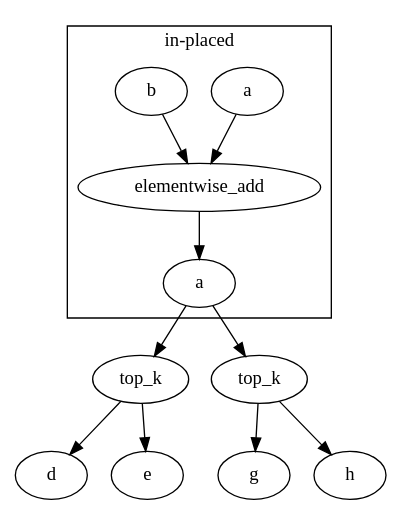
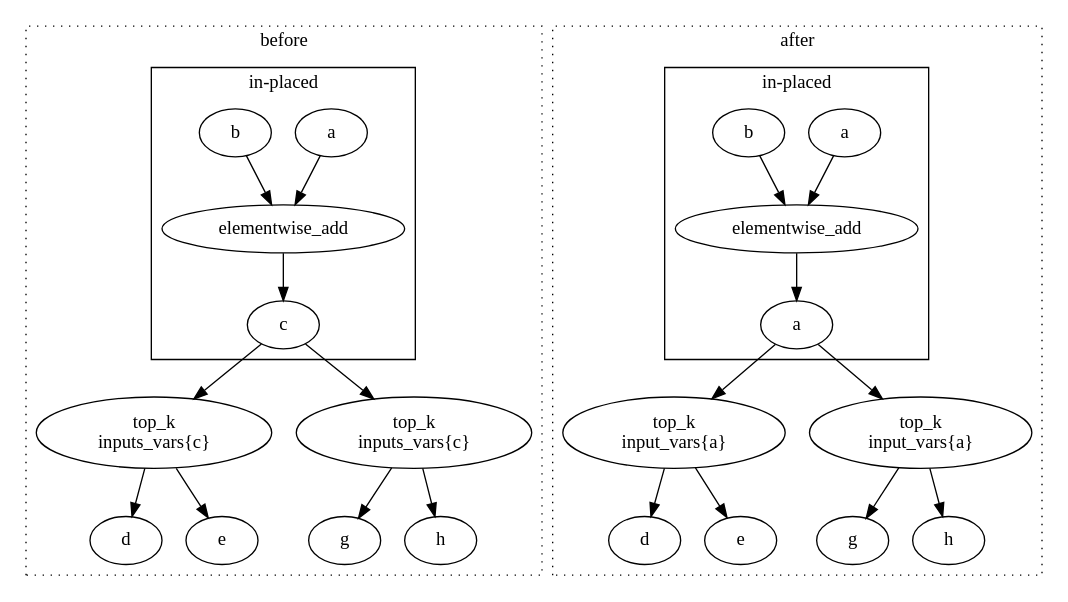
Before and after one commit to PaddlePaddle/docs: the diagram in doc/fluid/design/mkldnn/inplace/scripts/multi-output-inplace.dot, drawn with Graphviz. The commit also changed 2 other files, not shown here.

Commit message:
- fixes after review

```diff
--- a/doc/fluid/design/mkldnn/inplace/scripts/multi-output-inplace.dot
+++ b/doc/fluid/design/mkldnn/inplace/scripts/multi-output-inplace.dot
@@ -1,25 +1,63 @@
 digraph G {
-
+subgraph cluster_before {
+  label="before"
+  style=dotted
   op1[label="elementwise_add"]
-  op2[label="top_k"]
-  op3[label="top_k"]
+  op2[label="top_k\ninputs_vars{c}"]
+  op3[label="top_k\ninputs_vars{c}"]
   
   
-  c[label="a"]
+  c[label="c"]
   
   subgraph cluster_0 {
+  style=solid
   label="in-placed"
   a -> op1
   b-> op1
   op1 -> c
   }
   
   
   c -> op2
   c -> op3 
   
   op2 -> d
   op2 -> e
   op3 -> g
   op3 -> h
 }
+subgraph cluster_after {
+  label="after"
+  style=dotted
+  op1b[label="elementwise_add"]
+  op2b[label="top_k\ninput_vars{a}"]
+  op3b[label="top_k\ninput_vars{a}"]
+  
+  
+  cb[label="a"]
+  ab[label="a"]
+  bb[label="b"]
+  db[label="d"]
+  eb[label="e"]
+  gb[label="g"]
+  hb[label="h"]
+  
+  subgraph cluster_0b {
+  style=solid
+  label="in-placed"
+  ab -> op1b
+  bb-> op1b
+  op1b -> cb
+  }
+  
+  
+  cb -> op2b
+  cb -> op3b 
+  
+  op2b -> db
+  op2b -> eb
+  op3b -> gb
+  op3b -> hb
+}
+
+}
```
